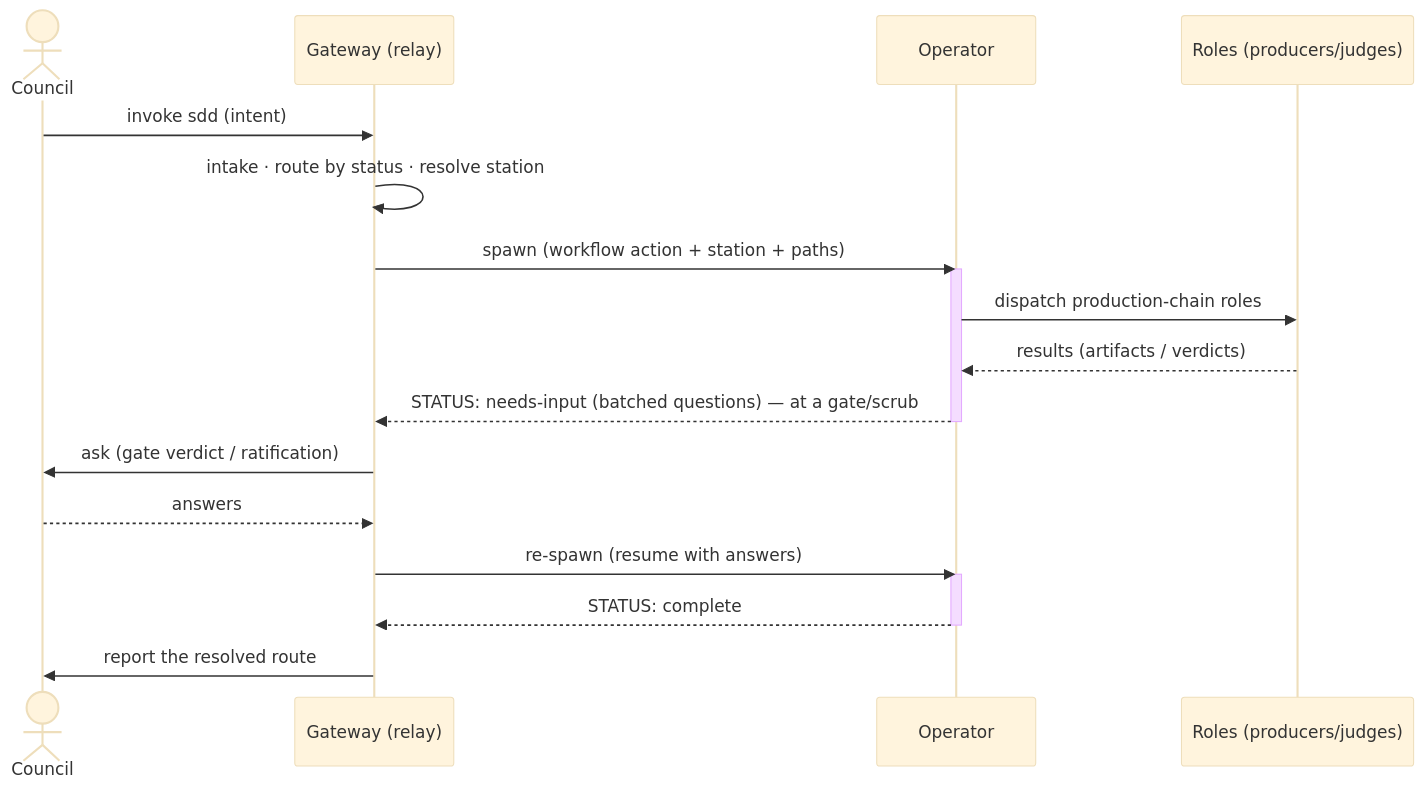
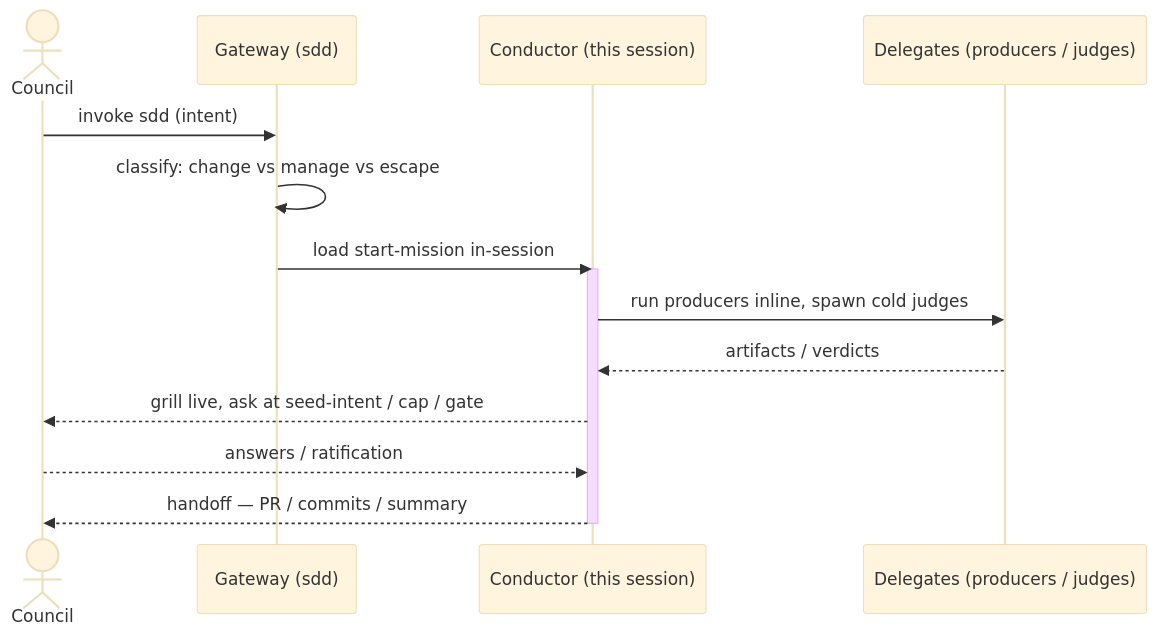
One commit to cyberuni/cyber-sdd changed the first of 3 diagrams in apps/website/src/content/docs/sdd/control-flow.md. Above: the diagram before and after it, drawn with Mermaid (base theme). The commit also changed other lines of this file and 2 other files, not shown here.

First line of the commit message:
docs(website): rewrite sdd/ to describe the live conductor architecture

````diff
--- a/apps/website/src/content/docs/sdd/control-flow.md
+++ b/apps/website/src/content/docs/sdd/control-flow.md
@@ -12,23 +12,18 @@
 ```mermaid
 sequenceDiagram
   actor Council
-  participant GW as Gateway (relay)
-  participant OP as Operator
-  participant RO as Roles (producers/judges)
+  participant GW as Gateway (sdd)
+  participant CD as Conductor (this session)
+  participant D as Delegates (producers / judges)
 
   Council->>GW: invoke sdd (intent)
-  GW->>GW: intake · route by status · resolve station
-  GW->>OP: spawn (workflow action + station + paths)
-  activate OP
-  OP->>RO: dispatch production-chain roles
-  RO-->>OP: results (artifacts / verdicts)
-  OP-->>GW: STATUS: needs-input (batched questions) — at a gate/scrub
-  deactivate OP
-  GW->>Council: ask (gate verdict / ratification)
-  Council-->>GW: answers
-  GW->>OP: re-spawn (resume with answers)
-  activate OP
-  OP-->>GW: STATUS: complete
-  deactivate OP
-  GW->>Council: report the resolved route
+  GW->>GW: classify: change vs manage vs escape
+  GW->>CD: load start-mission in-session
+  activate CD
+  CD->>D: run producers inline, spawn cold judges
+  D-->>CD: artifacts / verdicts
+  CD-->>Council: grill live, ask at seed-intent / cap / gate
+  Council-->>CD: answers / ratification
+  CD-->>Council: handoff — PR / commits / summary
+  deactivate CD
 ```
````
